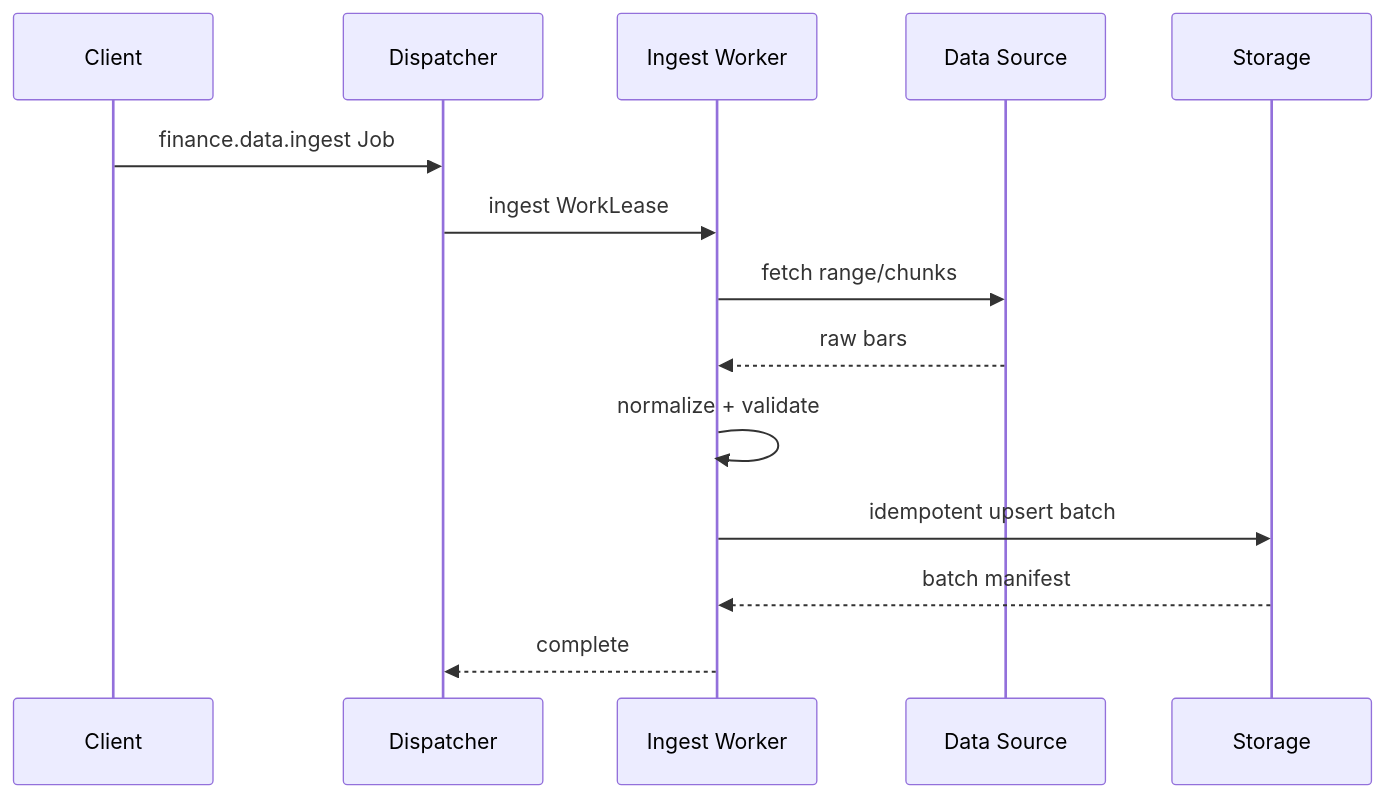
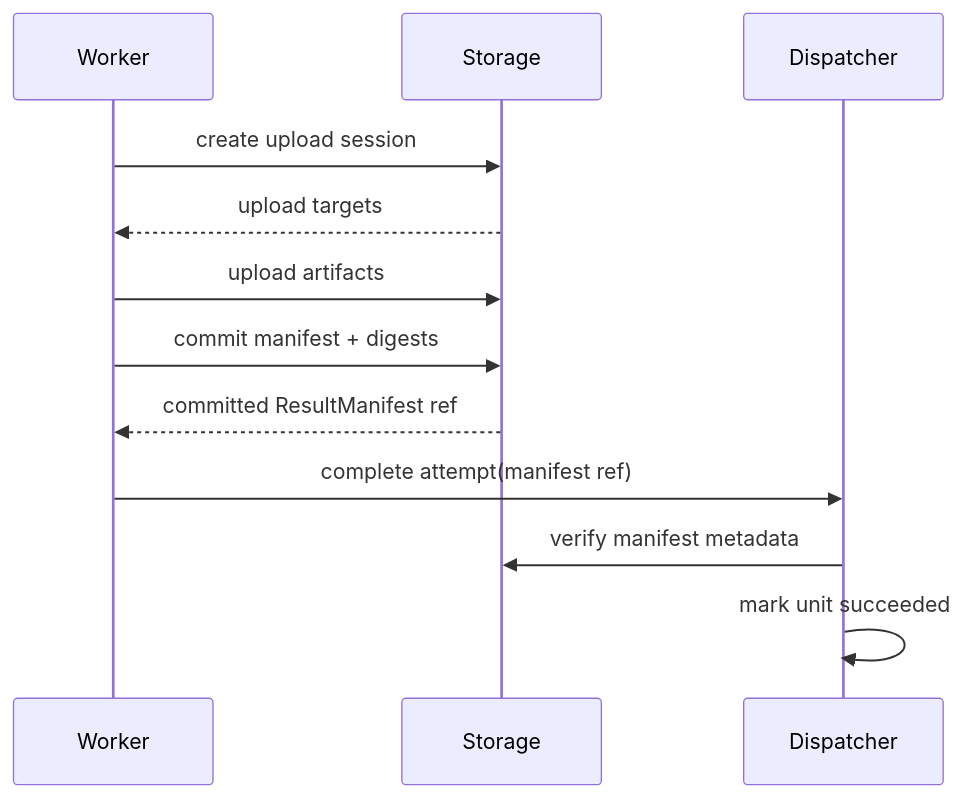
The third of 3 diagrams in V31design/designV31/DESIGN_ARCH_STORAGE_V31.md (RESBI/StockStatistic), drawn with Mermaid before and after one commit. The commit also changed other lines of this file and 18 other files, not shown here.

Commit message:
V3.1 docs: finalize architecture and delivery plan

````diff
--- a/V31design/designV31/DESIGN_ARCH_STORAGE_V31.md
+++ b/V31design/designV31/DESIGN_ARCH_STORAGE_V31.md
@@ -109,17 +259,15 @@
 ```mermaid
 sequenceDiagram
-    participant C as Client
+    participant W as Worker
+    participant S as Storage
     participant D as Dispatcher
-    participant W as Ingest Worker
-    participant SRC as Data Source
-    participant S as Storage
 
-    C->>D: finance.data.ingest Job
-    D->>W: ingest WorkLease
-    W->>SRC: fetch range/chunks
-    SRC-->>W: raw bars
-    W->>W: normalize + validate
-    W->>S: idempotent upsert batch
-    S-->>W: batch manifest
-    W-->>D: complete
+    W->>S: create upload session
+    S-->>W: upload targets
+    W->>S: upload artifacts
+    W->>S: commit manifest + digests
+    S-->>W: committed ResultManifest ref
+    W->>D: complete attempt(manifest ref)
+    D->>S: verify manifest metadata
+    D->>D: mark unit succeeded
 ```
````
